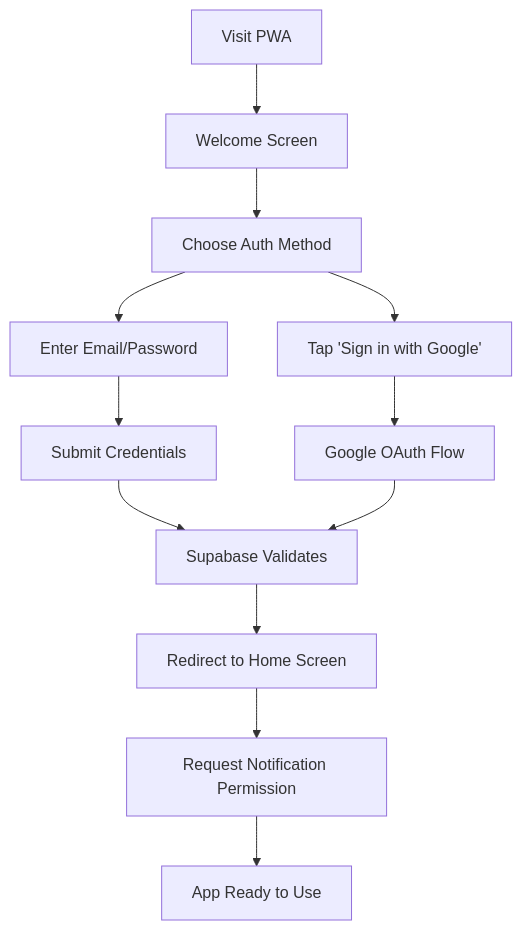
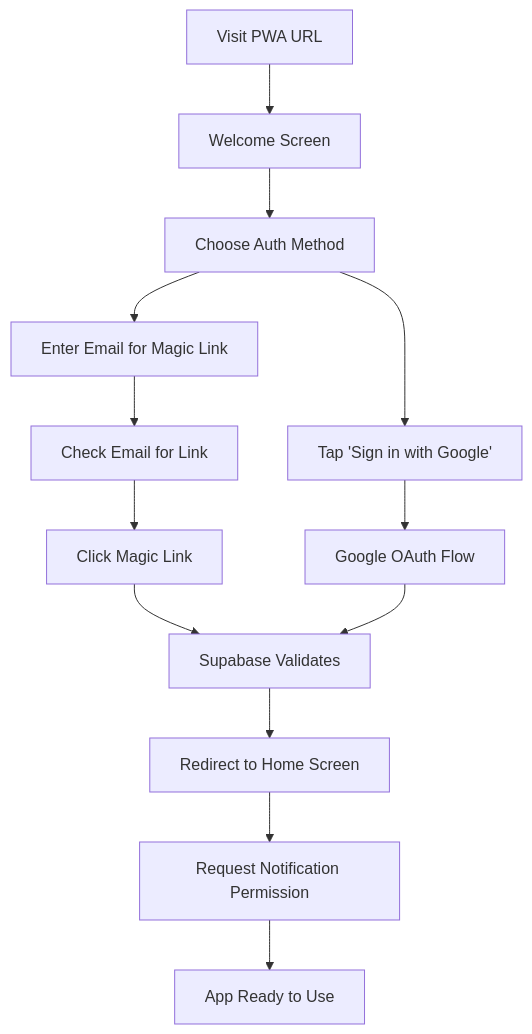
The fifth of 6 diagrams in docs/09-UX-Spec/ux-design-specification.md (Sallvainian/My-Love), drawn with Mermaid before and after one commit. The commit also changed other lines of this file and 83 other files, not shown here.

````diff
--- a/docs/09-UX-Spec/ux-design-specification.md
+++ b/docs/09-UX-Spec/ux-design-specification.md
@@ -369,14 +375,15 @@
 ```mermaid
 graph TD
-    A[Visit PWA] --> B[Welcome Screen]
+    A[Visit PWA URL] --> B[Welcome Screen]
     B --> C[Choose Auth Method]
-    C --> D1[Enter Email/Password]
+    C --> D1[Enter Email for Magic Link]
     C --> D2[Tap 'Sign in with Google']
-    D1 --> E[Submit Credentials]
-    D2 --> F[Google OAuth Flow]
-    E --> G[Supabase Validates]
-    F --> G
-    G --> H[Redirect to Home Screen]
-    H --> I[Request Notification Permission]
-    I --> J[App Ready to Use]
+    D1 --> E[Check Email for Link]
+    E --> F[Click Magic Link]
+    D2 --> G[Google OAuth Flow]
+    F --> H[Supabase Validates]
+    G --> H
+    H --> I[Redirect to Home Screen]
+    I --> J[Request Notification Permission]
+    J --> K[App Ready to Use]
 ```
````
